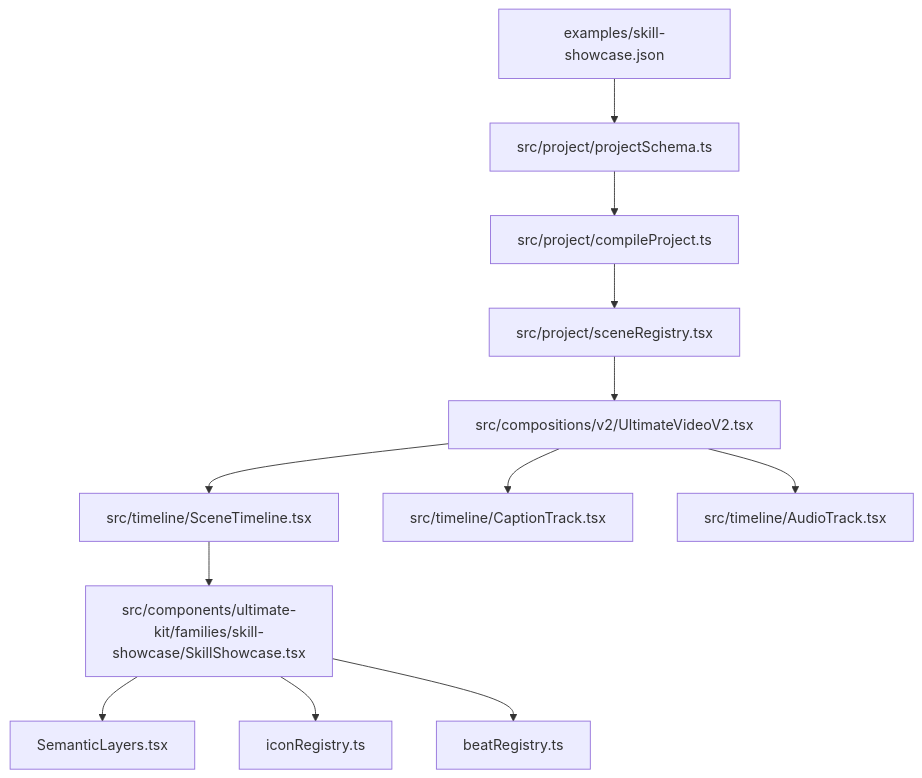
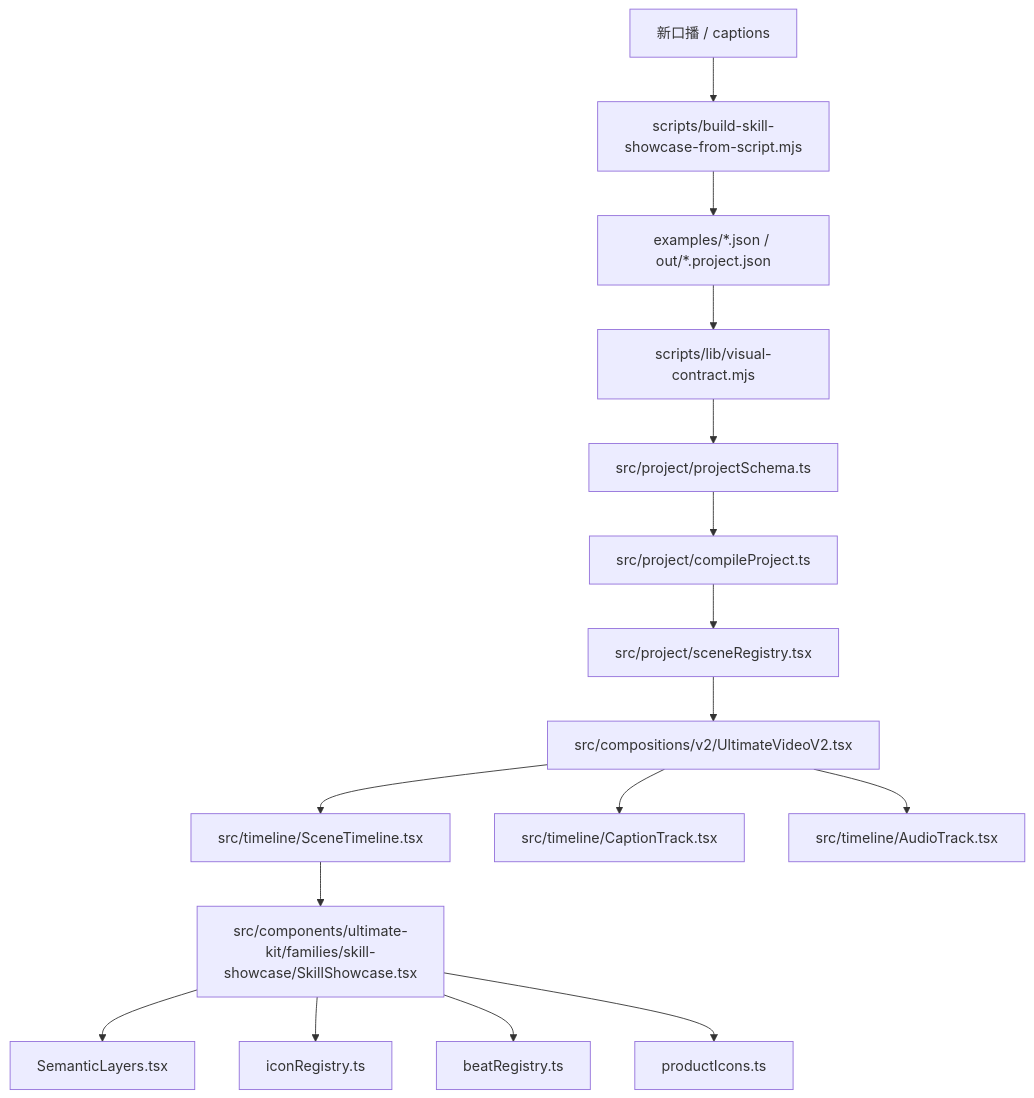
The diagram in kb/09 代码文件地图.md (feiji77-2/remotion-openclaw), drawn with Mermaid before and after one commit. The commit also changed other lines of this file and 49 other files, not shown here.

Commit message:
feat: rebuild voice-driven skill showcase pipeline

````diff
--- a/kb/09 代码文件地图.md
+++ b/kb/09 代码文件地图.md
@@ -11,14 +11,18 @@
 ```mermaid
 flowchart TD
-  A["examples/skill-showcase.json"] --> B["src/project/projectSchema.ts"]
+  S["新口播 / captions"] --> G0["scripts/build-skill-showcase-from-script.mjs"]
+  G0 --> A["examples/*.json / out/*.project.json"]
+  A --> V["scripts/lib/visual-contract.mjs"]
+  V --> B["src/project/projectSchema.ts"]
   B --> C["src/project/compileProject.ts"]
   C --> D["src/project/sceneRegistry.tsx"]
   D --> E["src/compositions/v2/UltimateVideoV2.tsx"]
   E --> F["src/timeline/SceneTimeline.tsx"]
   E --> G["src/timeline/CaptionTrack.tsx"]
   E --> H["src/timeline/AudioTrack.tsx"]
   F --> I["src/components/ultimate-kit/families/skill-showcase/SkillShowcase.tsx"]
   I --> J["SemanticLayers.tsx"]
   I --> K["iconRegistry.ts"]
   I --> L["beatRegistry.ts"]
+  I --> M["productIcons.ts"]
 ```
````
